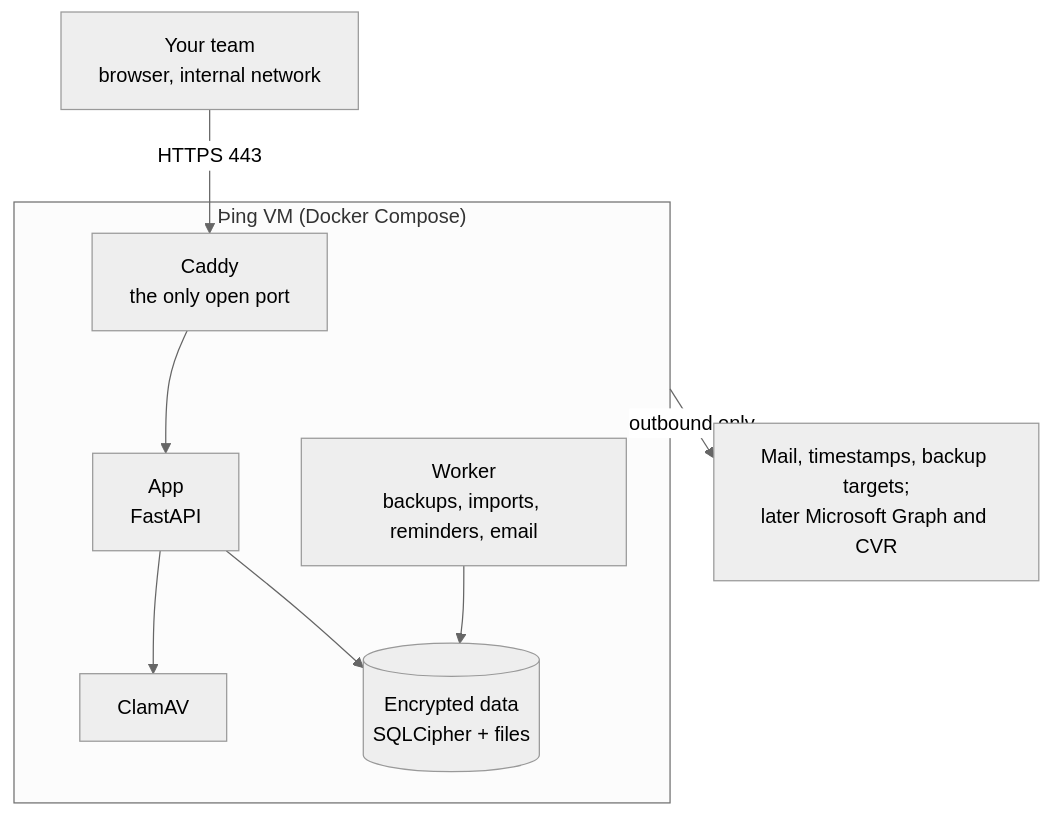
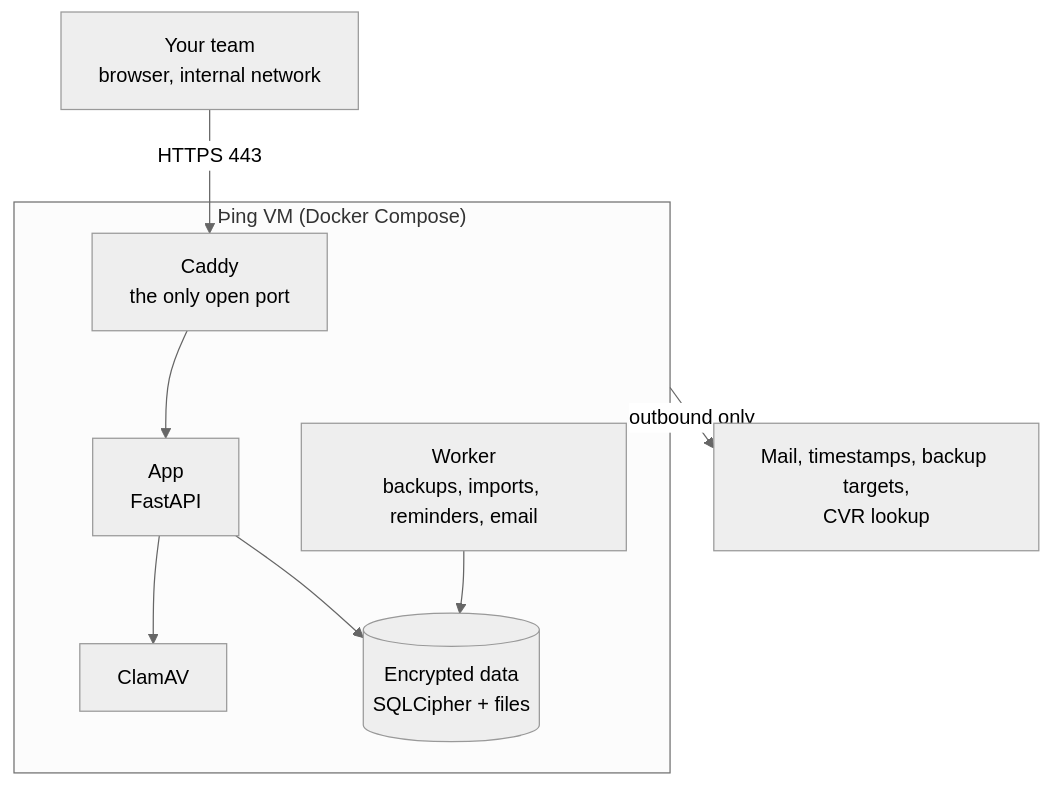
One commit to FragmentedCoder/Ting-CRM changed the second of 2 diagrams in docs/architecture.md. Above: the diagram before and after it, drawn with Mermaid (neutral theme). The commit also changed other lines of this file and 3 other files, not shown here.

````diff
--- a/docs/architecture.md
+++ b/docs/architecture.md
@@ -196,11 +212,11 @@
 ```mermaid
 flowchart TB
     Team["Your team<br/>browser, internal network"] -->|HTTPS 443| Caddy
     subgraph VM["Þing VM (Docker Compose)"]
         Caddy["Caddy<br/>the only open port"] --> App["App<br/>FastAPI"]
         App --> ClamAV
         App --> Data[("Encrypted data<br/>SQLCipher + files")]
         Worker["Worker<br/>backups, imports, reminders, email"] --> Data
     end
-    VM -->|outbound only| Outside["Mail, timestamps, backup targets;<br/>later Microsoft Graph and CVR"]
+    VM -->|outbound only| Outside["Mail, timestamps, backup targets,<br/>CVR lookup"]
 ```
````
